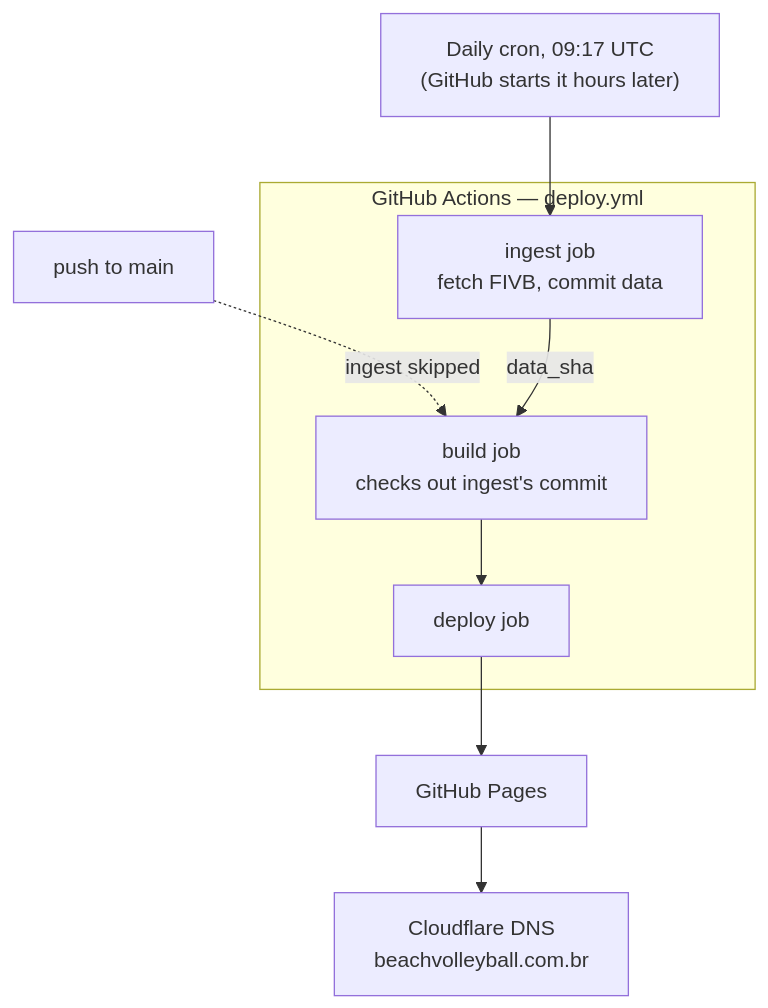
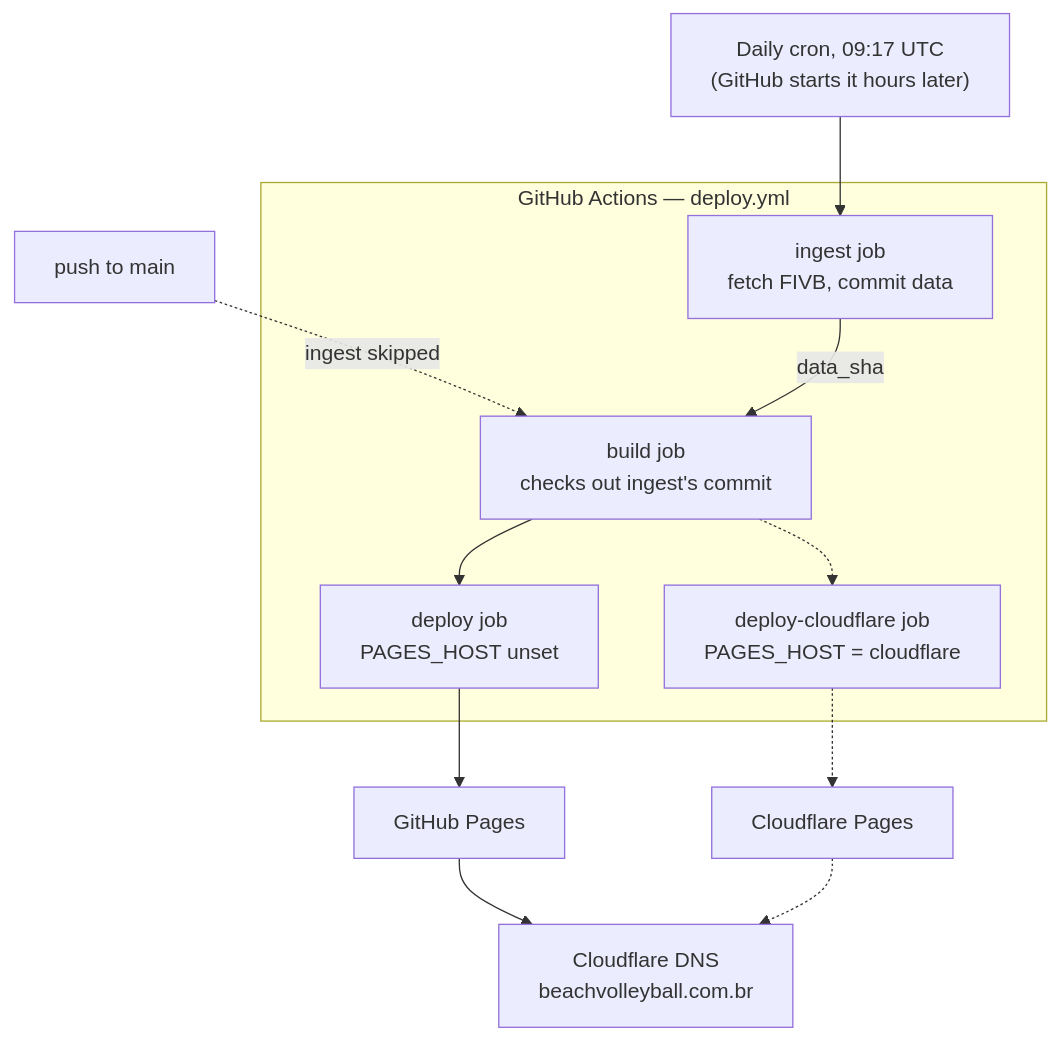
The fourth of 4 diagrams in docs/architecture.md (eduardopicado/beachvolleyballgraph), drawn with Mermaid before and after one commit. The commit also changed other lines of this file and 8 other files, not shown here.

````diff
--- a/docs/architecture.md
+++ b/docs/architecture.md
@@ -199,15 +199,20 @@
 ```mermaid
 flowchart TD
   CRON["Daily cron, 09:17 UTC<br/>(GitHub starts it hours later)"] --> ING
   PUSH["push to main"] -.->|"ingest skipped"| BUILD
 
   subgraph gha["GitHub Actions — deploy.yml"]
     ING["ingest job<br/>fetch FIVB, commit data"]
     BUILD["build job<br/>checks out ingest's commit"]
-    DEP["deploy job"]
-    ING -->|data_sha| BUILD --> DEP
+    DEP["deploy job<br/>PAGES_HOST unset"]
+    DEPCF["deploy-cloudflare job<br/>PAGES_HOST = cloudflare"]
+    ING -->|data_sha| BUILD
+    BUILD --> DEP
+    BUILD -.-> DEPCF
   end
 
   DEP --> PAGES["GitHub Pages"]
+  DEPCF -.-> CFP["Cloudflare Pages"]
   PAGES --> CF["Cloudflare DNS<br/>beachvolleyball.com.br"]
+  CFP -.-> CF
 ```
````
